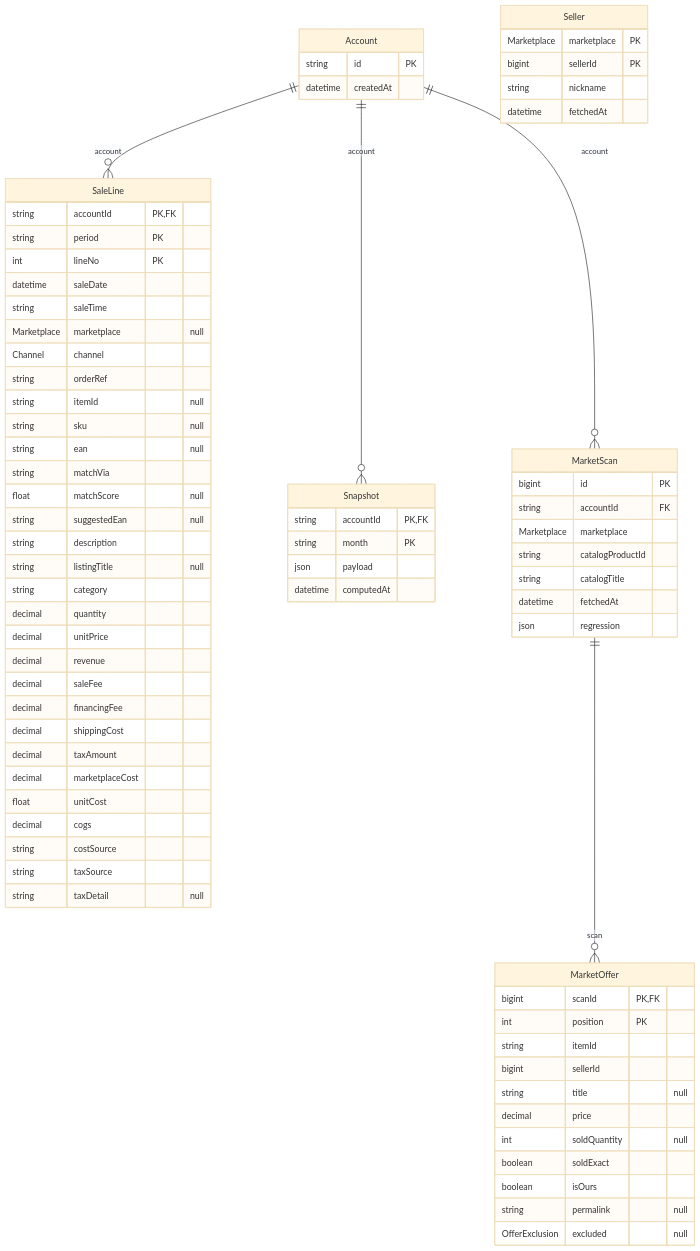
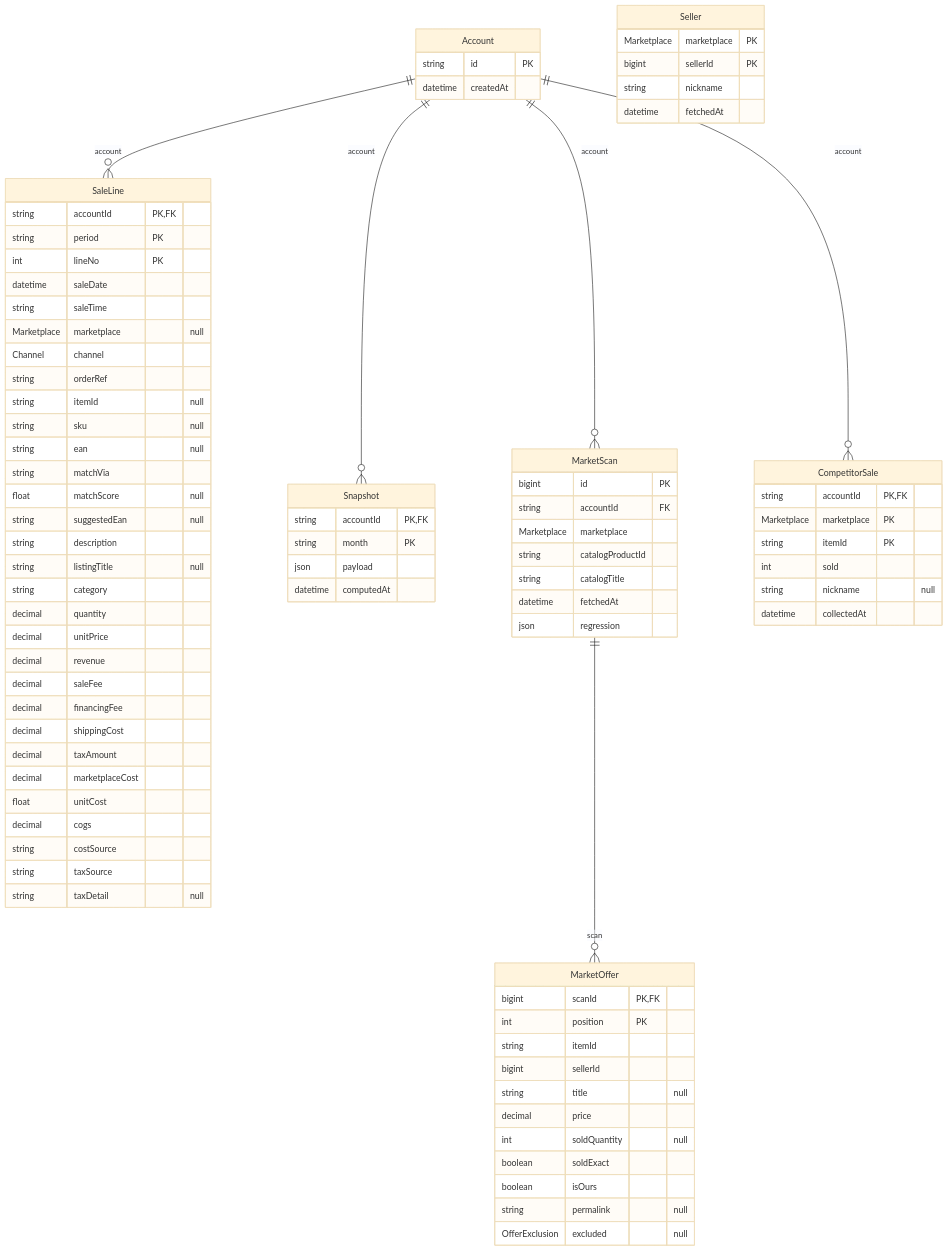
One commit to manuelhernandezcarrasco/meli-dashboard changed the fourth of 6 diagrams in docs/database/SCHEMA.md. Above: the diagram before and after it, drawn with Mermaid (base theme). The commit also changed other lines of this file and 8 other files, not shown here.

First line of the commit message:
Move competitor sales out of the deprecated ApiCache into CompetitorSale

```diff
--- a/docs/database/SCHEMA.md
+++ b/docs/database/SCHEMA.md
@@ -573,6 +573,7 @@
   Account ||--o{ Snapshot : account
   Account ||--o{ MarketScan : account
   MarketScan ||--o{ MarketOffer : scan
+  Account ||--o{ CompetitorSale : account
   Account {
     string id PK
     datetime createdAt
@@ -637,6 +638,14 @@
     string permalink "null"
     OfferExclusion excluded "null"
   }
+  CompetitorSale {
+    string accountId PK, FK
+    Marketplace marketplace PK
+    string itemId PK
+    int sold
+    string nickname "null"
+    datetime collectedAt
+  }
   Seller {
     Marketplace marketplace PK
     bigint sellerId PK
```
